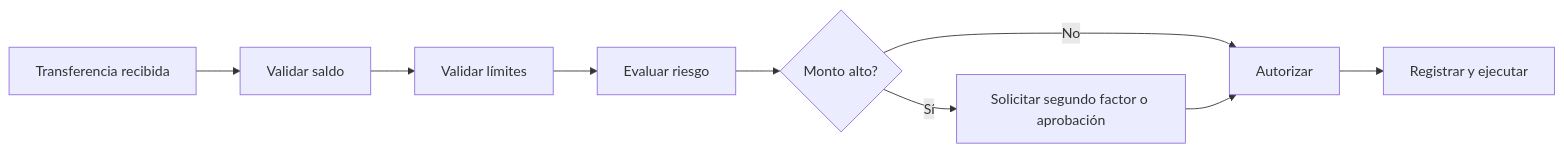
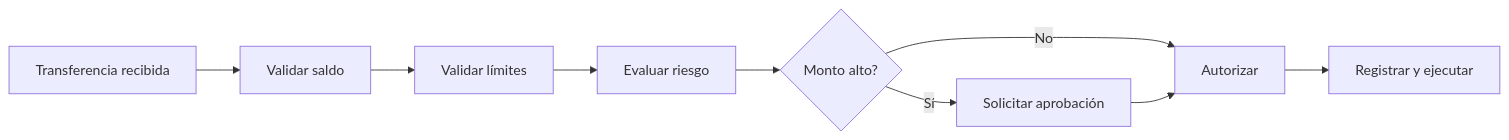
The tenth of 11 diagrams in docs/backend-java-quarkus/06-event-driven-mfa/event-bus-mfa.md (teamdroid-trainer/docs-docusaurus-trainer), drawn with Mermaid before and after one commit. The commit also changed other lines of this file and 35 other files, not shown here.

````diff
--- a/docs/backend-java-quarkus/06-event-driven-mfa/event-bus-mfa.md
+++ b/docs/backend-java-quarkus/06-event-driven-mfa/event-bus-mfa.md
@@ -260,11 +272,11 @@
 ```mermaid
 flowchart LR
     A[Transferencia recibida] --> B[Validar saldo]
     B --> C[Validar límites]
     C --> D[Evaluar riesgo]
     D --> E{Monto alto?}
-    E -->|Sí| F[Solicitar segundo factor o aprobación]
+    E -->|Sí| F[Solicitar aprobación]
     E -->|No| G[Autorizar]
     F --> G
     G --> H[Registrar y ejecutar]
 ```
````
